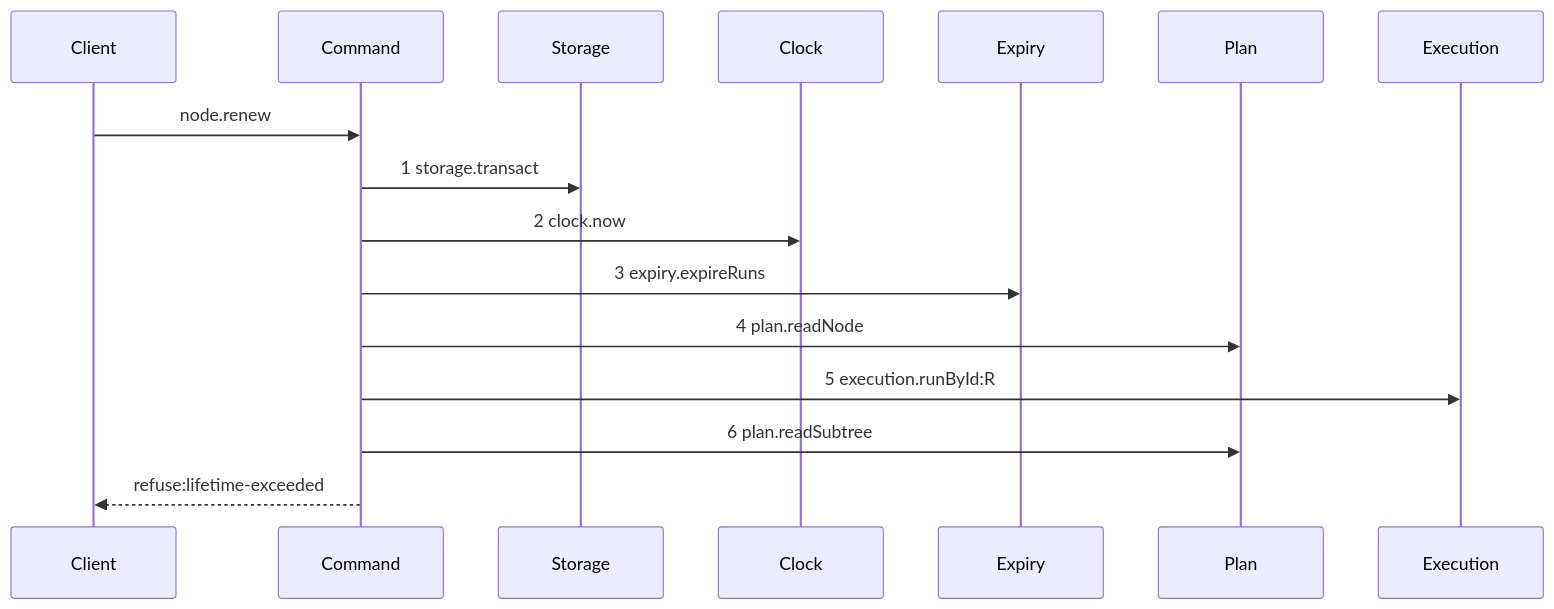
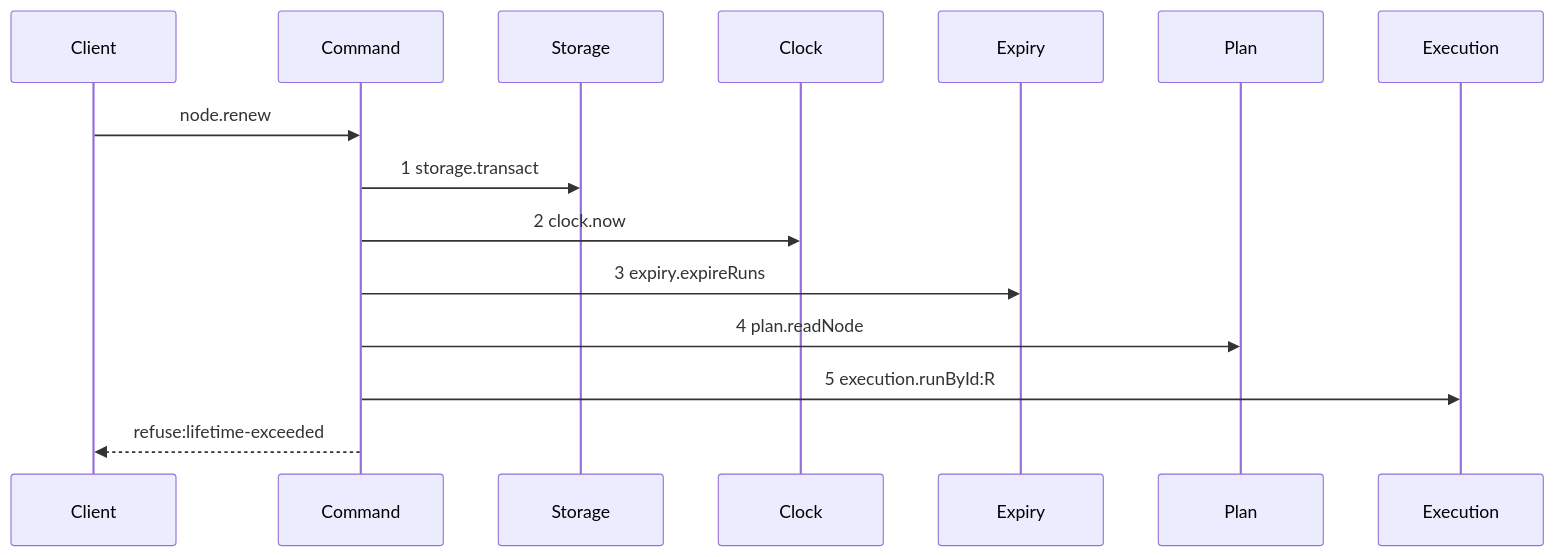
The diagram in .agents/plan/stories/050.2-the-run-renew-release-and-report/04-the-lifetime-refusal.md (kanthorlabs/kanthord-engine), drawn with Mermaid before and after one commit. The commit also changed other lines of this file and 150 other files, not shown here.

````diff
--- a/.agents/plan/stories/050.2-the-run-renew-release-and-report/04-the-lifetime-refusal.md
+++ b/.agents/plan/stories/050.2-the-run-renew-release-and-report/04-the-lifetime-refusal.md
@@ -31,18 +31,17 @@
 ```mermaid
 sequenceDiagram
     participant Client
     participant Command
     participant Storage
     participant Clock
     participant Expiry
     participant Plan
     participant Execution
     Client->>Command: node.renew
     Command->>Storage: 1 storage.transact
     Command->>Clock: 2 clock.now
     Command->>Expiry: 3 expiry.expireRuns
     Command->>Plan: 4 plan.readNode
     Command->>Execution: 5 execution.runById:R
-    Command->>Plan: 6 plan.readSubtree
     Command-->>Client: refuse:lifetime-exceeded
 ```
````
